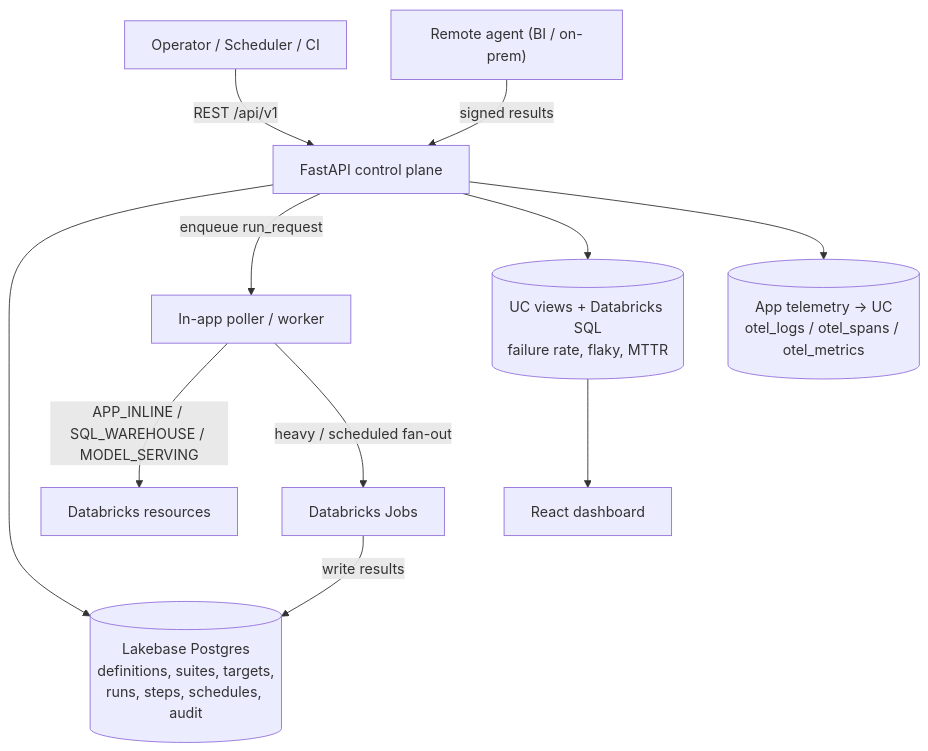
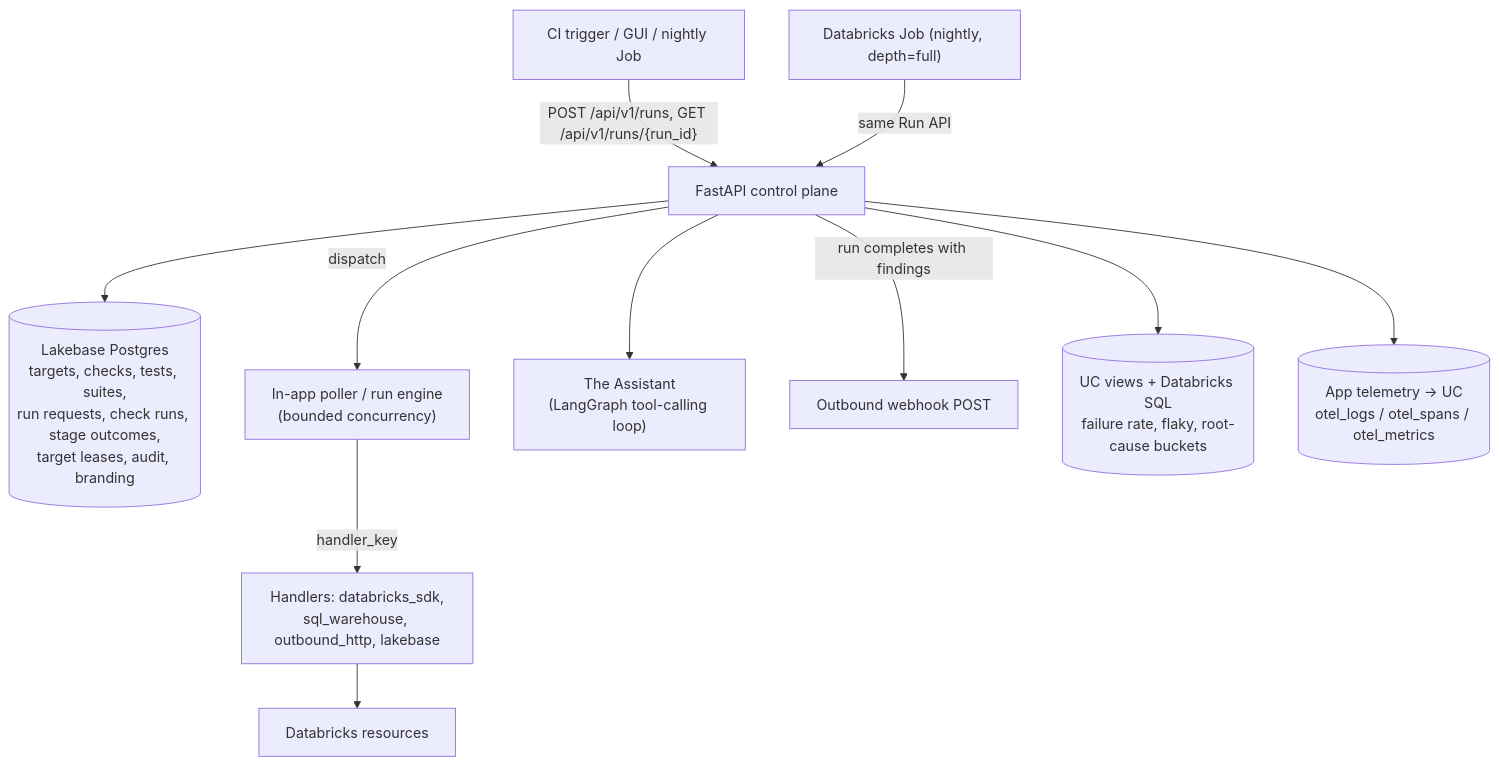
One commit to TaylorAHanson/infrastructure-test-suite changed the diagram in docs/architecture.md. Above: the diagram before and after it, drawn with Mermaid. The commit also changed other lines of this file and 1 other file, not shown here.

First line of the commit message:
Resolve #83: rewrite README + architecture.md to the rebuilt model

````diff
--- a/docs/architecture.md
+++ b/docs/architecture.md
@@ -9,13 +19,13 @@
 ```mermaid
 flowchart TD
-  user["Operator / Scheduler / CI"] -->|REST /api/v1| api["FastAPI control plane"]
-  api --> lakebase[("Lakebase Postgres\ndefinitions, suites, targets,\nruns, steps, schedules, audit")]
-  api -->|enqueue run_request| poller["In-app poller / worker"]
-  poller -->|APP_INLINE / SQL_WAREHOUSE / MODEL_SERVING| dbx["Databricks resources"]
-  poller -->|heavy / scheduled fan-out| jobs["Databricks Jobs"]
-  jobs -->|write results| lakebase
-  agent["Remote agent (BI / on-prem)"] -->|signed results| api
-  api --> ucviews[("UC views + Databricks SQL\nfailure rate, flaky, MTTR")]
-  ucviews --> charts["React dashboard"]
+  caller["CI trigger / GUI / nightly Job"] -->|"POST /api/v1/runs, GET /api/v1/runs/{run_id}"| api["FastAPI control plane"]
+  api --> lakebase[("Lakebase Postgres\ntargets, checks, tests, suites,\nrun requests, check runs, stage outcomes,\ntarget leases, audit, branding")]
+  api -->|dispatch| poller["In-app poller / run engine\n(bounded concurrency)"]
+  poller -->|"handler_key"| handlers["Handlers: databricks_sdk,\nsql_warehouse, outbound_http, lakebase"]
+  handlers --> dbx["Databricks resources"]
+  job["Databricks Job (nightly, depth=full)"] -->|same Run API| api
+  api --> assistant["The Assistant\n(LangGraph tool-calling loop)"]
+  api -->|"run completes with findings"| webhook["Outbound webhook POST"]
+  api --> ucviews[("UC views + Databricks SQL\nfailure rate, flaky, root-cause buckets")]
   api --> otel[("App telemetry -> UC\notel_logs / otel_spans / otel_metrics")]
 ```
````
